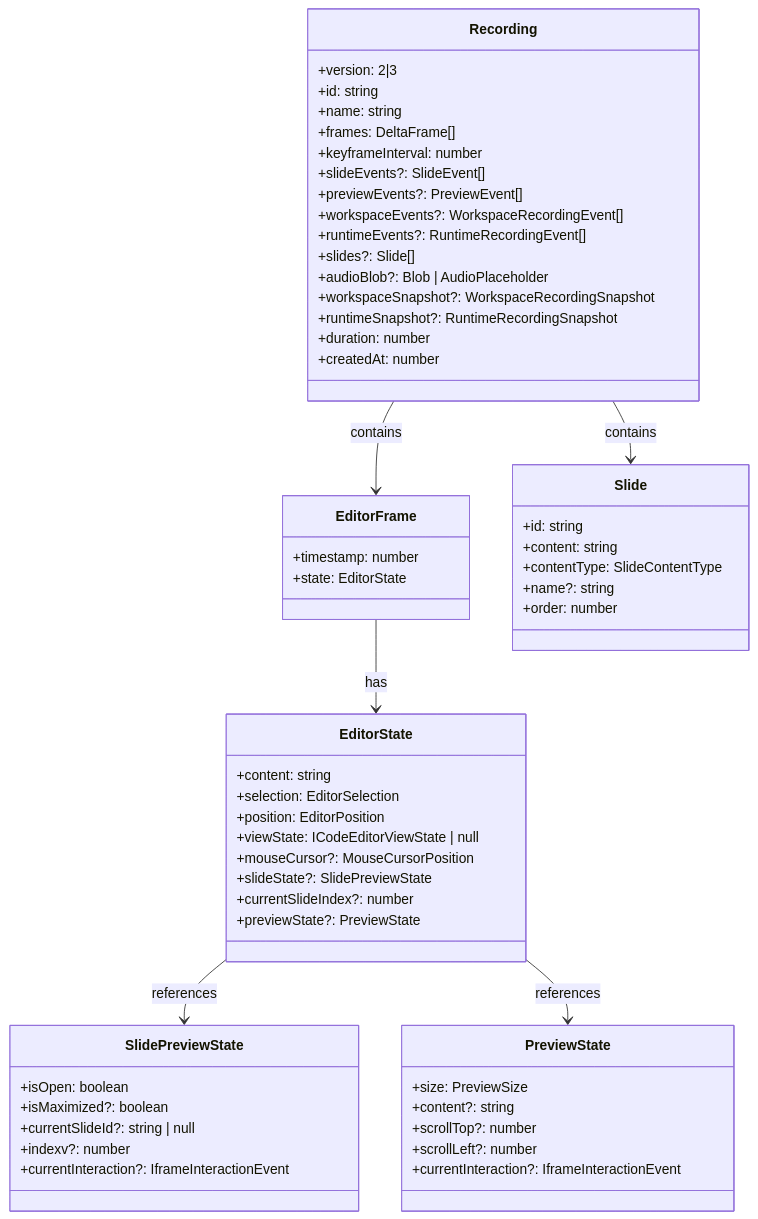
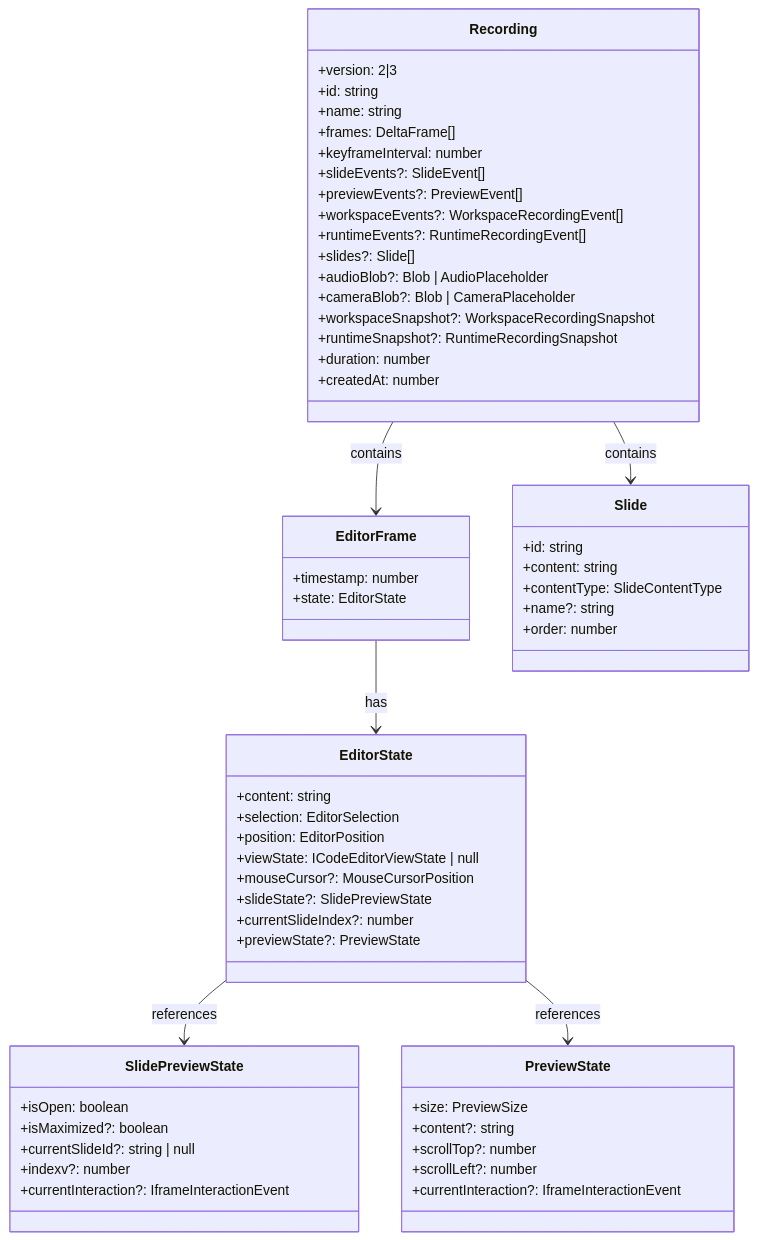
One commit to channyeintun/next-editor changed the first of 5 diagrams in docs/data-structures.md. Above: the diagram before and after it, drawn with Mermaid. The commit also changed other lines of this file and 7 other files, not shown here.

````diff
--- a/docs/data-structures.md
+++ b/docs/data-structures.md
@@ -9,66 +9,67 @@
 ```mermaid
 classDiagram
     class Recording {
         +version: 2|3
         +id: string
         +name: string
         +frames: DeltaFrame[]
         +keyframeInterval: number
         +slideEvents?: SlideEvent[]
         +previewEvents?: PreviewEvent[]
         +workspaceEvents?: WorkspaceRecordingEvent[]
         +runtimeEvents?: RuntimeRecordingEvent[]
         +slides?: Slide[]
         +audioBlob?: Blob | AudioPlaceholder
+        +cameraBlob?: Blob | CameraPlaceholder
         +workspaceSnapshot?: WorkspaceRecordingSnapshot
         +runtimeSnapshot?: RuntimeRecordingSnapshot
         +duration: number
         +createdAt: number
     }
 
     class EditorFrame {
         +timestamp: number
         +state: EditorState
     }
 
     class EditorState {
         +content: string
         +selection: EditorSelection
         +position: EditorPosition
         +viewState: ICodeEditorViewState | null
         +mouseCursor?: MouseCursorPosition
         +slideState?: SlidePreviewState
         +currentSlideIndex?: number
         +previewState?: PreviewState
     }
 
     class Slide {
         +id: string
         +content: string
         +contentType: SlideContentType
         +name?: string
         +order: number
     }
 
     class SlidePreviewState {
         +isOpen: boolean
         +isMaximized?: boolean
         +currentSlideId?: string | null
         +indexv?: number
         +currentInteraction?: IframeInteractionEvent
     }
 
     class PreviewState {
         +size: PreviewSize
         +content?: string
         +scrollTop?: number
         +scrollLeft?: number
         +currentInteraction?: IframeInteractionEvent
     }
 
     Recording --> EditorFrame : contains
     EditorFrame --> EditorState : has
     Recording --> Slide : contains
     EditorState --> SlidePreviewState : references
     EditorState --> PreviewState : references
 ```
````
